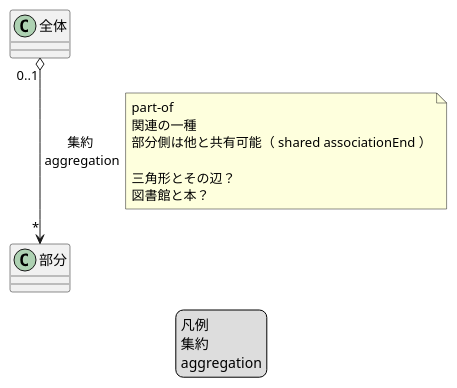
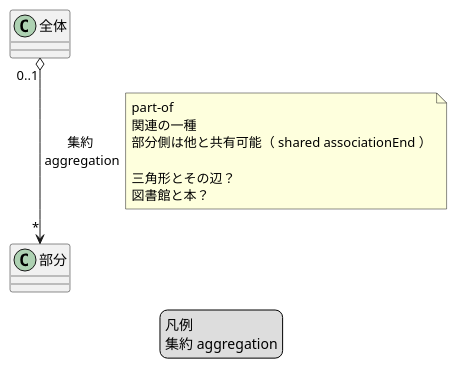
The diagram in site/content/ja/docs/Appendix/uml/class/puml/legend/classe-legend-aggregation.puml (peregrin8alde/learn-ossdb-gold), drawn with PlantUML before and after one commit. The commit also changed 6 other files, not shown here.

```diff
--- a/site/content/ja/docs/Appendix/uml/class/puml/legend/classe-legend-aggregation.puml
+++ b/site/content/ja/docs/Appendix/uml/class/puml/legend/classe-legend-aggregation.puml
@@ -1,23 +1,22 @@
 @startuml
 /'
 "全体" "0..1" o--> "*" "部分" : "集約\n aggregation"
 '/
 legend
 凡例
-集約
-aggregation
+集約 aggregation
 endlegend
 
 
 "全体" "0..1" o--> "*" "部分" : "集約\n aggregation"
 note right on link
 part-of
 関連の一種
 部分側は他と共有可能（ shared associationEnd ）
 
 三角形とその辺？
 図書館と本？
 end note
 
 
 @enduml
```
